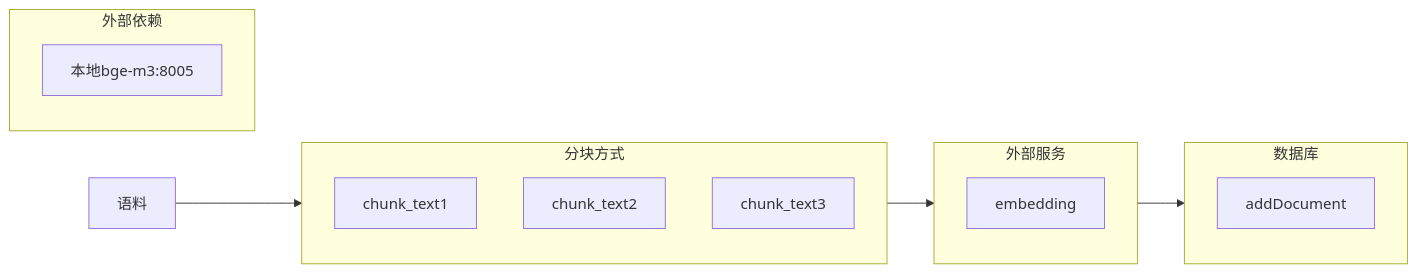
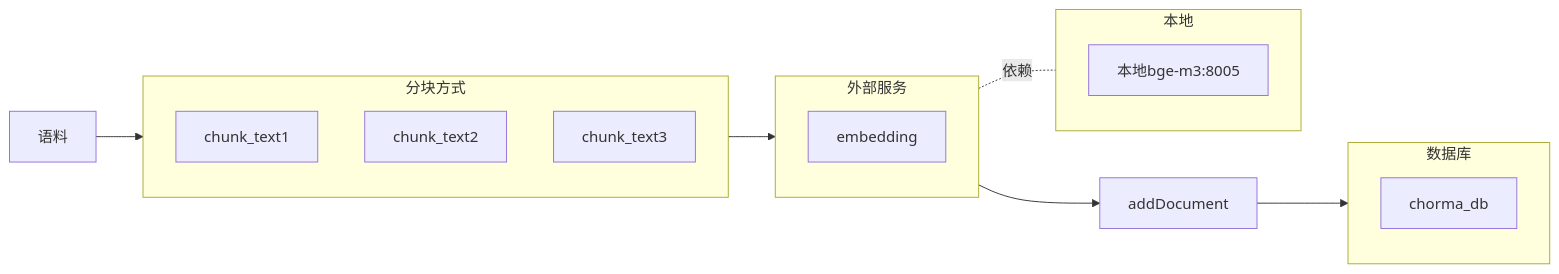
The first of 2 diagrams in day07.md (kzymc/study), drawn with Mermaid before and after one commit. The commit also changed other lines of this file and 1 other file, not shown here.

````diff
--- a/day07.md
+++ b/day07.md
@@ -51,22 +51,23 @@
 ```mermaid
 flowchart LR
 	A["语料"]-->B["分块方式"]
 	subgraph B["分块方式"]
 	chunk_text1
 	chunk_text2
 	chunk_text3
 	end
 	B-->D
+	D-.依赖.-E
 	subgraph D["外部服务"]
 	embedding
 	end
-	D-->C
+	D-->addDocument-->C
 	subgraph C["数据库"]
-	addDocument
+	chorma_db
 	end
-	subgraph E["外部依赖"]
+	subgraph E["本地"]
 	本地bge-m3:8005
 	end
 	
 	
 ```
````
